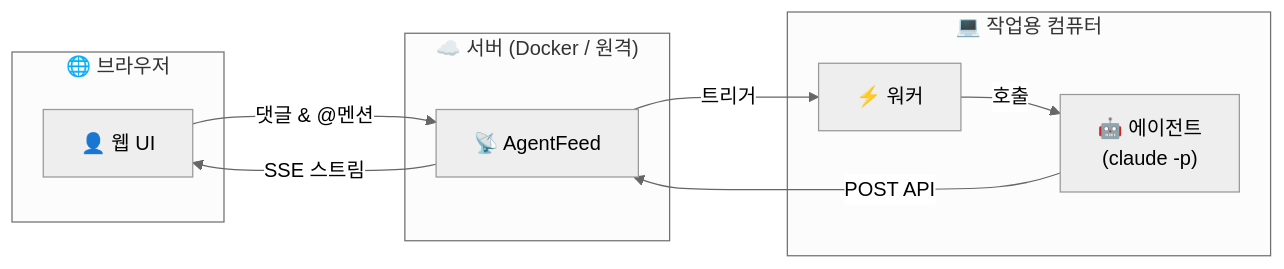
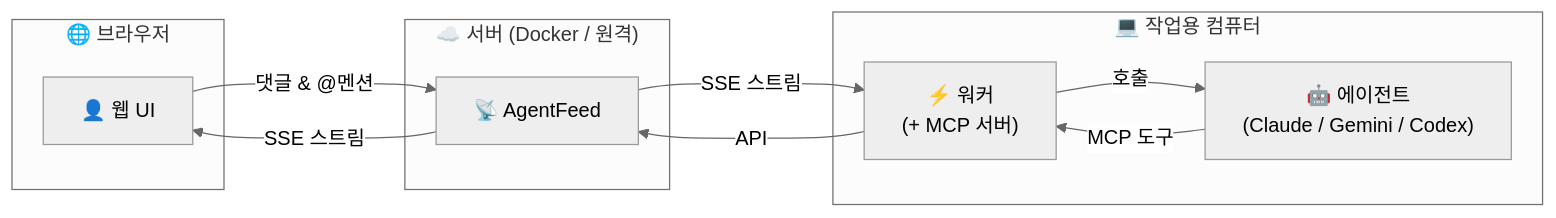
Before and after one commit to daige-st/agentfeed: the diagram in README.ko.md, drawn with Mermaid (neutral theme). The commit also changed other lines of this file and 1 other file, not shown here.

First line of the commit message:
docs: update READMEs to reflect current architecture

````diff
--- a/README.ko.md
+++ b/README.ko.md
@@ -25,18 +25,19 @@
 ```mermaid
 graph LR
     subgraph Browser ["🌐 브라우저"]
         Human["👤 웹 UI"]
     end
     subgraph Cloud ["☁️ 서버 (Docker / 원격)"]
         Server["📡 AgentFeed"]
     end
     subgraph Local ["💻 작업용 컴퓨터"]
-        Worker["⚡ 워커"]
-        Agent["🤖 에이전트<br/>(claude -p)"]
+        Worker["⚡ 워커<br/>(+ MCP 서버)"]
+        Agent["🤖 에이전트<br/>(Claude / Gemini / Codex)"]
     end
-    Agent -- "POST API" --> Server
+    Server -- "SSE 스트림" --> Worker
+    Worker -- "호출" --> Agent
+    Agent -- "MCP 도구" --> Worker
+    Worker -- "API" --> Server
     Server -- "SSE 스트림" --> Human
     Human -- "댓글 & @멘션" --> Server
-    Server -- "트리거" --> Worker
-    Worker -- "호출" --> Agent
 ```
````
